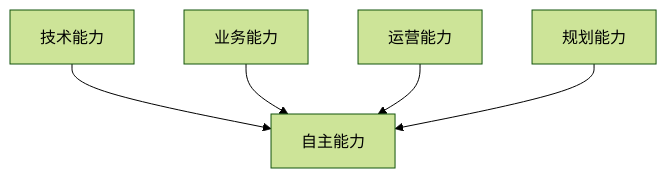
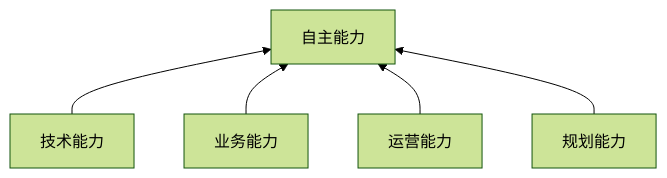
Before and after one commit to imoyi/imoyi.github.io: the diagram in _posts/2021-11-29-能力维度.md, drawn with Mermaid (forest theme).

````diff
--- a/_posts/2021-11-29-能力维度.md
+++ b/_posts/2021-11-29-能力维度.md
@@ -14,8 +14,8 @@
 ```mermaid
-graph TD;
+graph BT;
   技术能力-->自主能力;
   业务能力-->自主能力;
   运营能力-->自主能力;
   规划能力-->自主能力;
 
 ```
````
